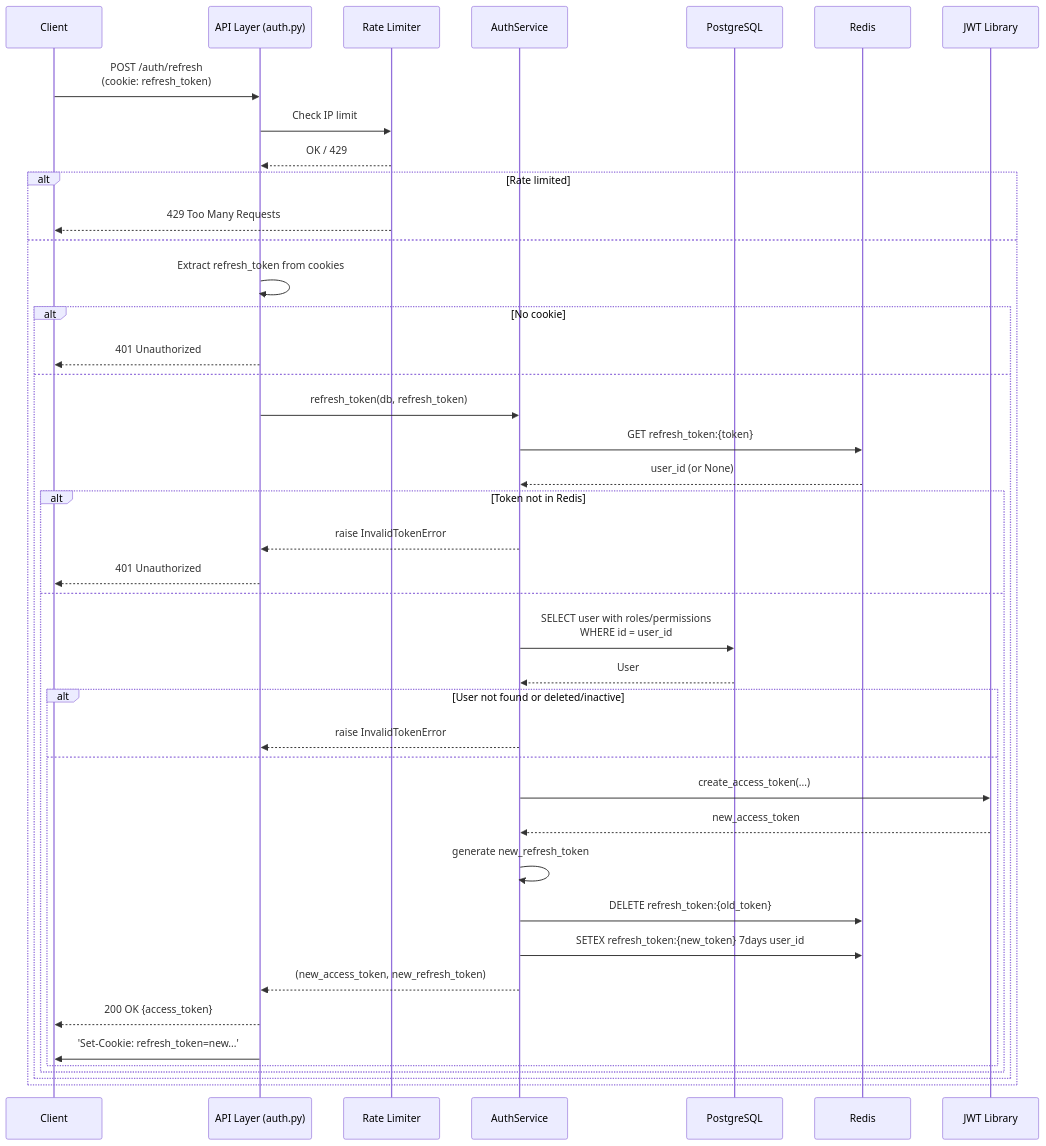
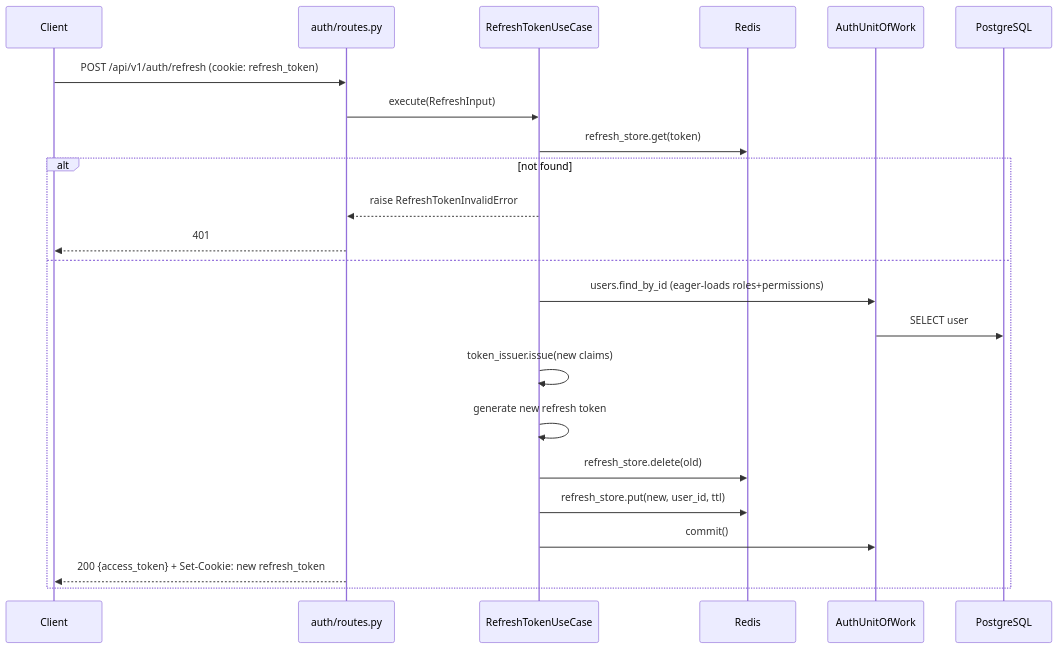
One commit to anaswaleedtahir/kosmos-ecommerce changed the third of 10 diagrams in docs/09-sequence-diagrams.md. Above: the diagram before and after it, drawn with Mermaid. The commit also changed other lines of this file and 7 other files, not shown here.

First line of the commit message:
docs: update all docs to reflect hexagonal architecture

````diff
--- a/docs/09-sequence-diagrams.md
+++ b/docs/09-sequence-diagrams.md
@@ -111,45 +83,26 @@
 ```mermaid
 sequenceDiagram
     participant Client
-    participant API as API Layer (auth.py)
-    participant RateIP as Rate Limiter
-    participant Service as AuthService
+    participant Route as auth/routes.py
+    participant UC as RefreshTokenUseCase
+    participant Redis
+    participant UoW as AuthUnitOfWork
     participant DB as PostgreSQL
-    participant Redis as Redis
-    participant JWT as JWT Library
 
-    Client->>API: POST /auth/refresh<br/>(cookie: refresh_token)
-    API->>RateIP: Check IP limit
-    RateIP-->>API: OK / 429
-    alt Rate limited
-        RateIP-->>Client: 429 Too Many Requests
+    Client->>Route: POST /api/v1/auth/refresh (cookie: refresh_token)
+    Route->>UC: execute(RefreshInput)
+    UC->>Redis: refresh_store.get(token)
+    alt not found
+        UC-->>Route: raise RefreshTokenInvalidError
+        Route-->>Client: 401
     else
-        API->>API: Extract refresh_token from cookies
-        alt No cookie
-            API-->>Client: 401 Unauthorized
-        else
-            API->>Service: refresh_token(db, refresh_token)
-            Service->>Redis: GET refresh_token:{token}
-            Redis-->>Service: user_id (or None)
-            alt Token not in Redis
-                Service-->>API: raise InvalidTokenError
-                API-->>Client: 401 Unauthorized
-            else
-                Service->>DB: SELECT user with roles/permissions<br/>WHERE id = user_id
-                DB-->>Service: User
-                alt User not found or deleted/inactive
-                    Service-->>API: raise InvalidTokenError
-                else
-                    Service->>JWT: create_access_token(...)
-                    JWT-->>Service: new_access_token
-                    Service->>Service: generate new_refresh_token
-                    Service->>Redis: DELETE refresh_token:{old_token}
-                    Service->>Redis: SETEX refresh_token:{new_token} 7days user_id
-                    Service-->>API: (new_access_token, new_refresh_token)
-                    API-->>Client: 200 OK {access_token}
-                    API->>Client: 'Set-Cookie: refresh_token=new...'
-                end
-            end
-        end
+        UC->>UoW: users.find_by_id (eager-loads roles+permissions)
+        UoW->>DB: SELECT user
+        UC->>UC: token_issuer.issue(new claims)
+        UC->>UC: generate new refresh token
+        UC->>Redis: refresh_store.delete(old)
+        UC->>Redis: refresh_store.put(new, user_id, ttl)
+        UC->>UoW: commit()
+        Route-->>Client: 200 {access_token} + Set-Cookie: new refresh_token
     end
 ```
````
